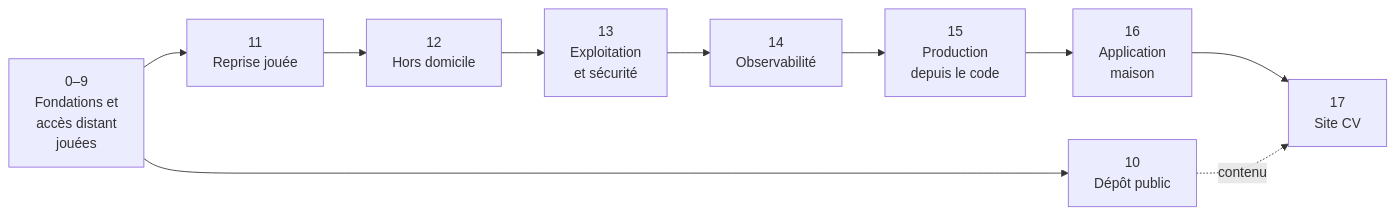
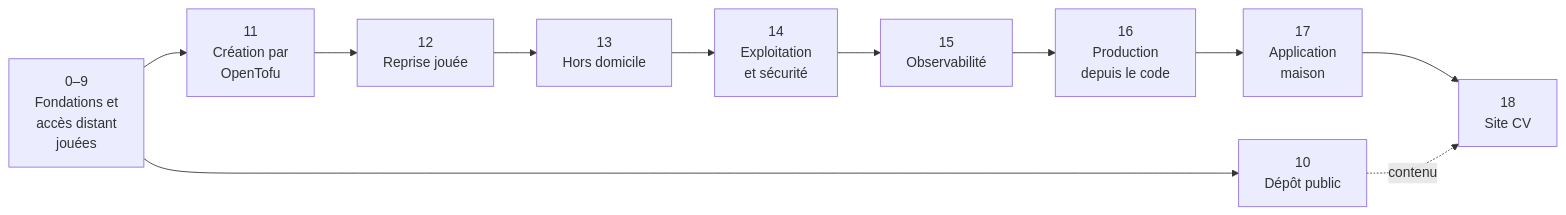
Before and after one commit to TLGitDev/homelab-public: the diagram in docs/FeuilleDeRoute.md, drawn with Mermaid. The commit also changed other lines of this file and 8 other files, not shown here.

First line of the commit message:
Insérer la phase 11 : la création passe à OpenTofu, Ansible garde la configuration ; renuméroter les phases suivantes.

````diff
--- a/docs/FeuilleDeRoute.md
+++ b/docs/FeuilleDeRoute.md
@@ -37,12 +40,13 @@
 ```mermaid
 flowchart LR
-    P0["0–9<br/>Fondations et<br/>accès distant<br/>jouées"] --> P11["11<br/>Reprise jouée"]
+    P0["0–9<br/>Fondations et<br/>accès distant<br/>jouées"] --> P11["11<br/>Création par<br/>OpenTofu"]
     P0 --> P10["10<br/>Dépôt public"]
-    P11 --> P12["12<br/>Hors domicile"]
-    P12 --> P13["13<br/>Exploitation<br/>et sécurité"]
-    P13 --> P14["14<br/>Observabilité"]
-    P14 --> P15["15<br/>Production<br/>depuis le code"]
-    P15 --> P16["16<br/>Application<br/>maison"]
-    P16 --> P17["17<br/>Site CV"]
-    P10 -.->|"contenu"| P17
+    P11 --> P12["12<br/>Reprise jouée"]
+    P12 --> P13["13<br/>Hors domicile"]
+    P13 --> P14["14<br/>Exploitation<br/>et sécurité"]
+    P14 --> P15["15<br/>Observabilité"]
+    P15 --> P16["16<br/>Production<br/>depuis le code"]
+    P16 --> P17["17<br/>Application<br/>maison"]
+    P17 --> P18["18<br/>Site CV"]
+    P10 -.->|"contenu"| P18
 ```
````
